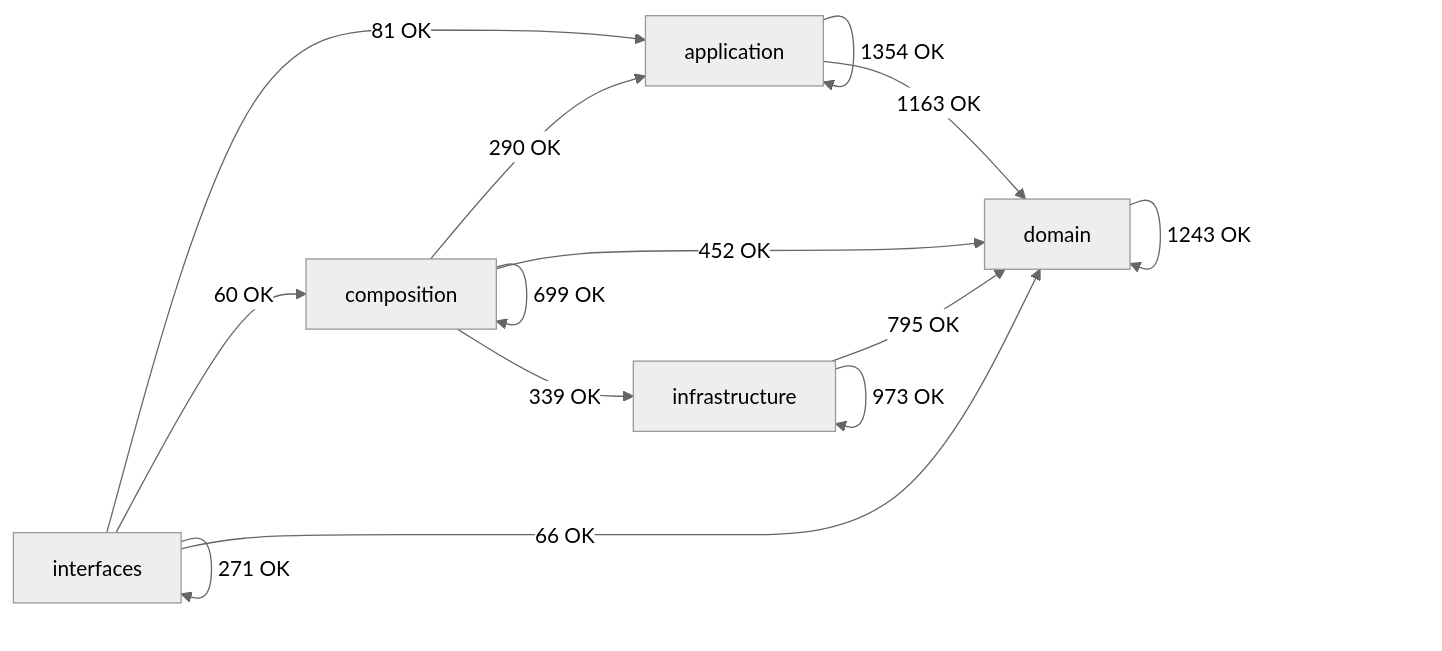
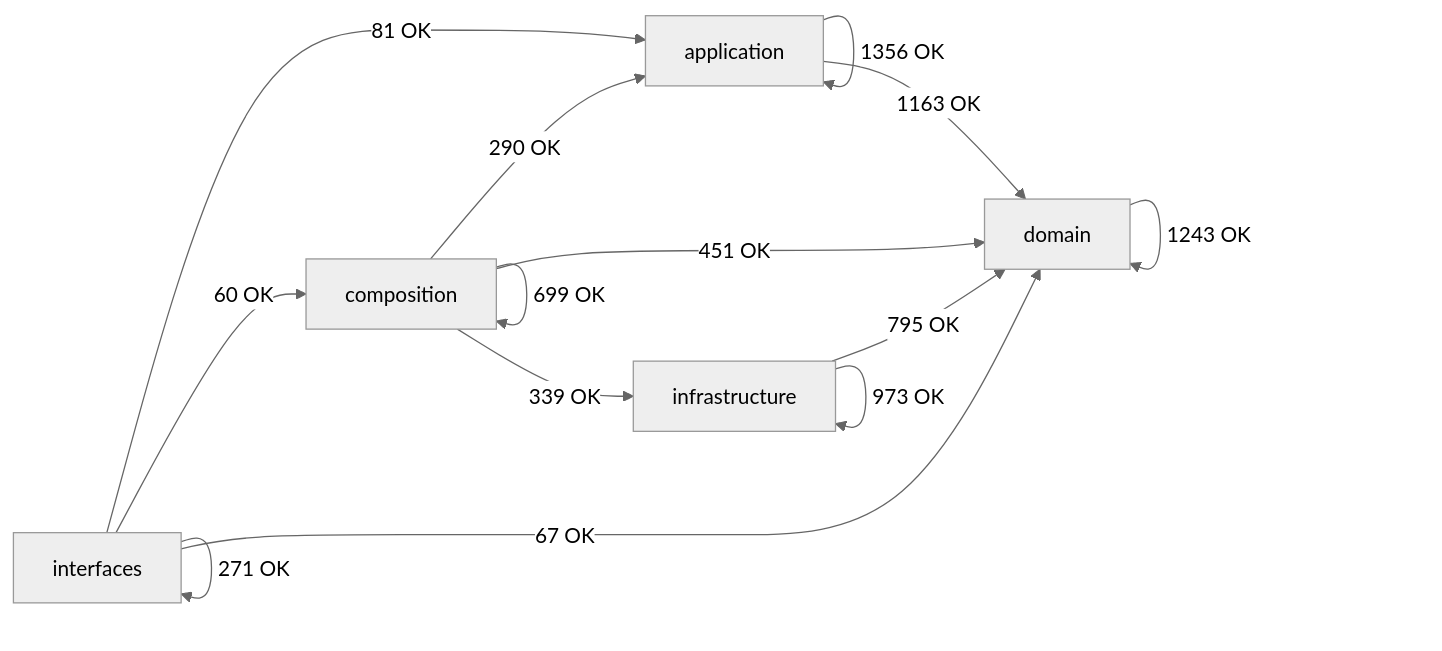
Before and after one commit to SatoryKono/BioactivityDataAcquisition: the diagram in docs/02-architecture/generated/module-dependency-map.md, drawn with Mermaid (neutral theme). The commit also changed other lines of this file and 64 other files, not shown here.

````diff
--- a/docs/02-architecture/generated/module-dependency-map.md
+++ b/docs/02-architecture/generated/module-dependency-map.md
@@ -17,21 +17,21 @@
 ```mermaid
 flowchart LR
     domain[domain]
     application[application]
     infrastructure[infrastructure]
     composition[composition]
     interfaces[interfaces]
-    application -->|1354 OK| application
+    application -->|1356 OK| application
     application -->|1163 OK| domain
     composition -->|290 OK| application
     composition -->|699 OK| composition
-    composition -->|452 OK| domain
+    composition -->|451 OK| domain
     composition -->|339 OK| infrastructure
     domain -->|1243 OK| domain
     infrastructure -->|795 OK| domain
     infrastructure -->|973 OK| infrastructure
     interfaces -->|81 OK| application
     interfaces -->|60 OK| composition
-    interfaces -->|66 OK| domain
+    interfaces -->|67 OK| domain
     interfaces -->|271 OK| interfaces
 ```
````
